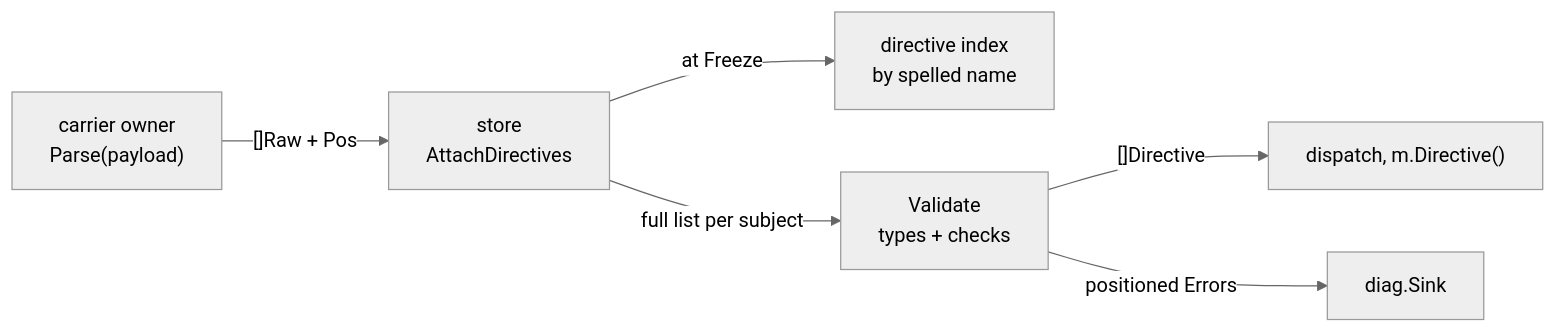
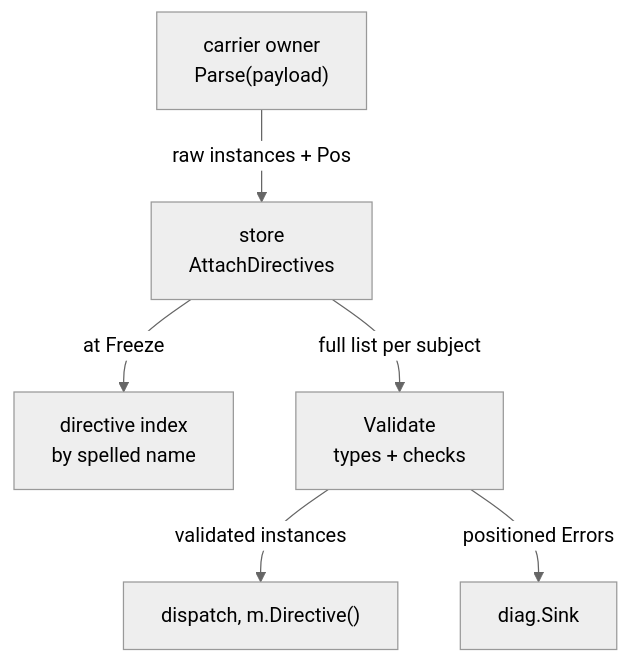
Before and after one commit to dokimasia/eidos: the diagram in docs/rfc/0005-directive-grammar.md, drawn with Mermaid (neutral theme). The commit also changed other lines of this file and 13 other files, not shown here.

````diff
--- a/docs/rfc/0005-directive-grammar.md
+++ b/docs/rfc/0005-directive-grammar.md
@@ -379,8 +379,8 @@
 ```mermaid
-flowchart LR
-    A["carrier owner<br/>Parse(payload)"] -- "[]Raw + Pos" --> B["store<br/>AttachDirectives"]
+flowchart TD
+    A["carrier owner<br/>Parse(payload)"] -- "raw instances + Pos" --> B["store<br/>AttachDirectives"]
     B -- "at Freeze" --> C["directive index<br/>by spelled name"]
     B -- "full list per subject" --> D["Validate<br/>types + checks"]
-    D -- "[]Directive" --> E["dispatch, m.Directive()"]
+    D -- "validated instances" --> E["dispatch, m.Directive()"]
     D -- "positioned Errors" --> F["diag.Sink"]
 ```
````
